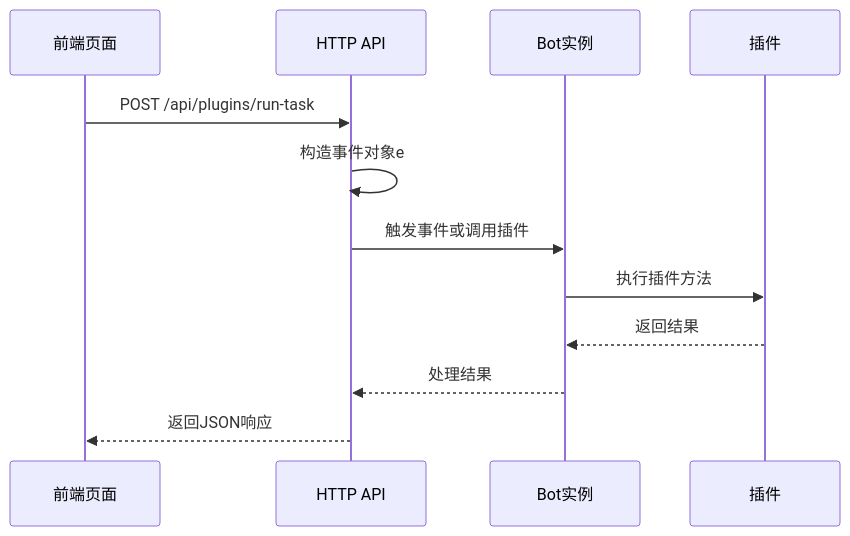
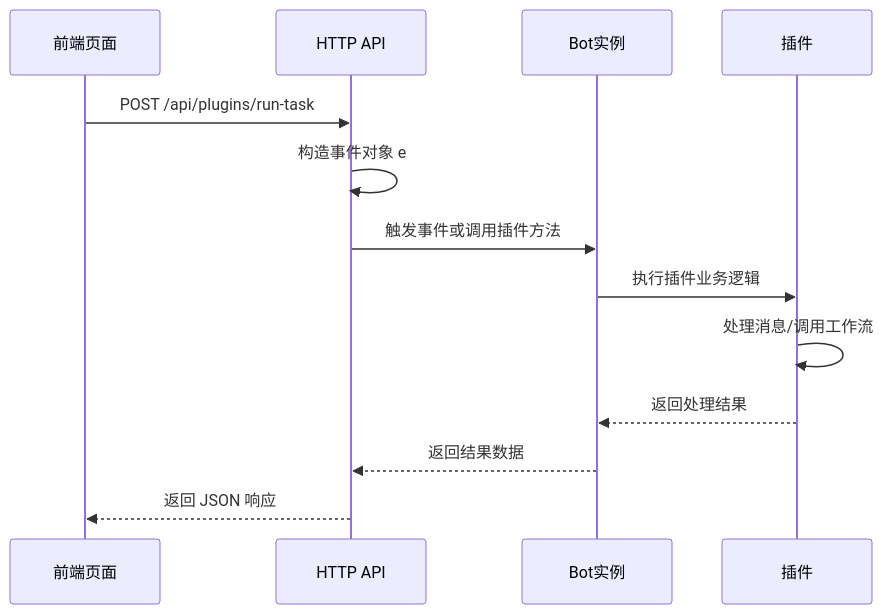
Before and after one commit to sunflowermm/XRK-AGT: the sixth of 9 diagrams in docs/app-dev.md, drawn with Mermaid. The commit also changed other lines of this file and 8 other files, not shown here.

````diff
--- a/docs/app-dev.md
+++ b/docs/app-dev.md
@@ -208,15 +363,16 @@
 ```mermaid
 sequenceDiagram
     participant FE as 前端页面
     participant API as HTTP API
     participant Bot as Bot实例
     participant Plugin as 插件
     
     FE->>API: POST /api/plugins/run-task
-    API->>API: 构造事件对象e
-    API->>Bot: 触发事件或调用插件
-    Bot->>Plugin: 执行插件方法
-    Plugin-->>Bot: 返回结果
-    Bot-->>API: 处理结果
-    API-->>FE: 返回JSON响应
+    API->>API: 构造事件对象 e
+    API->>Bot: 触发事件或调用插件方法
+    Bot->>Plugin: 执行插件业务逻辑
+    Plugin->>Plugin: 处理消息/调用工作流
+    Plugin-->>Bot: 返回处理结果
+    Bot-->>API: 返回结果数据
+    API-->>FE: 返回 JSON 响应
 ```
````
